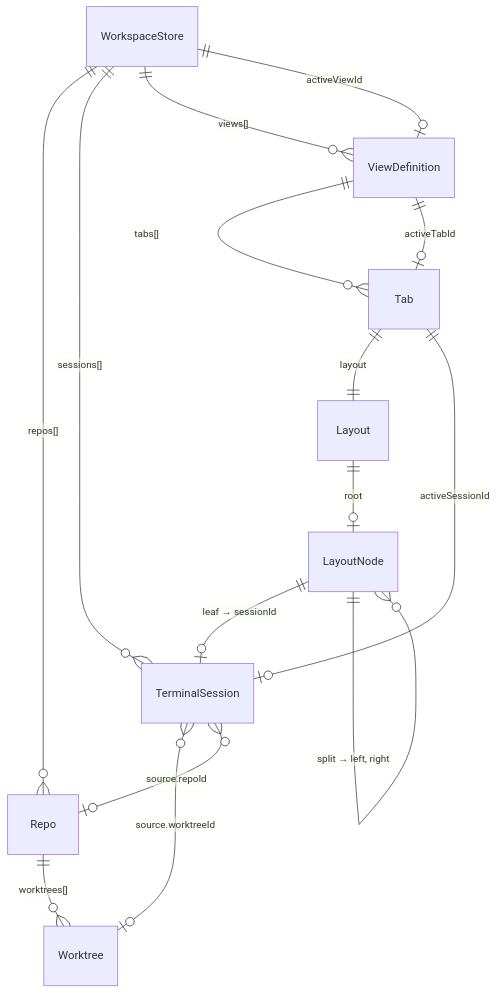
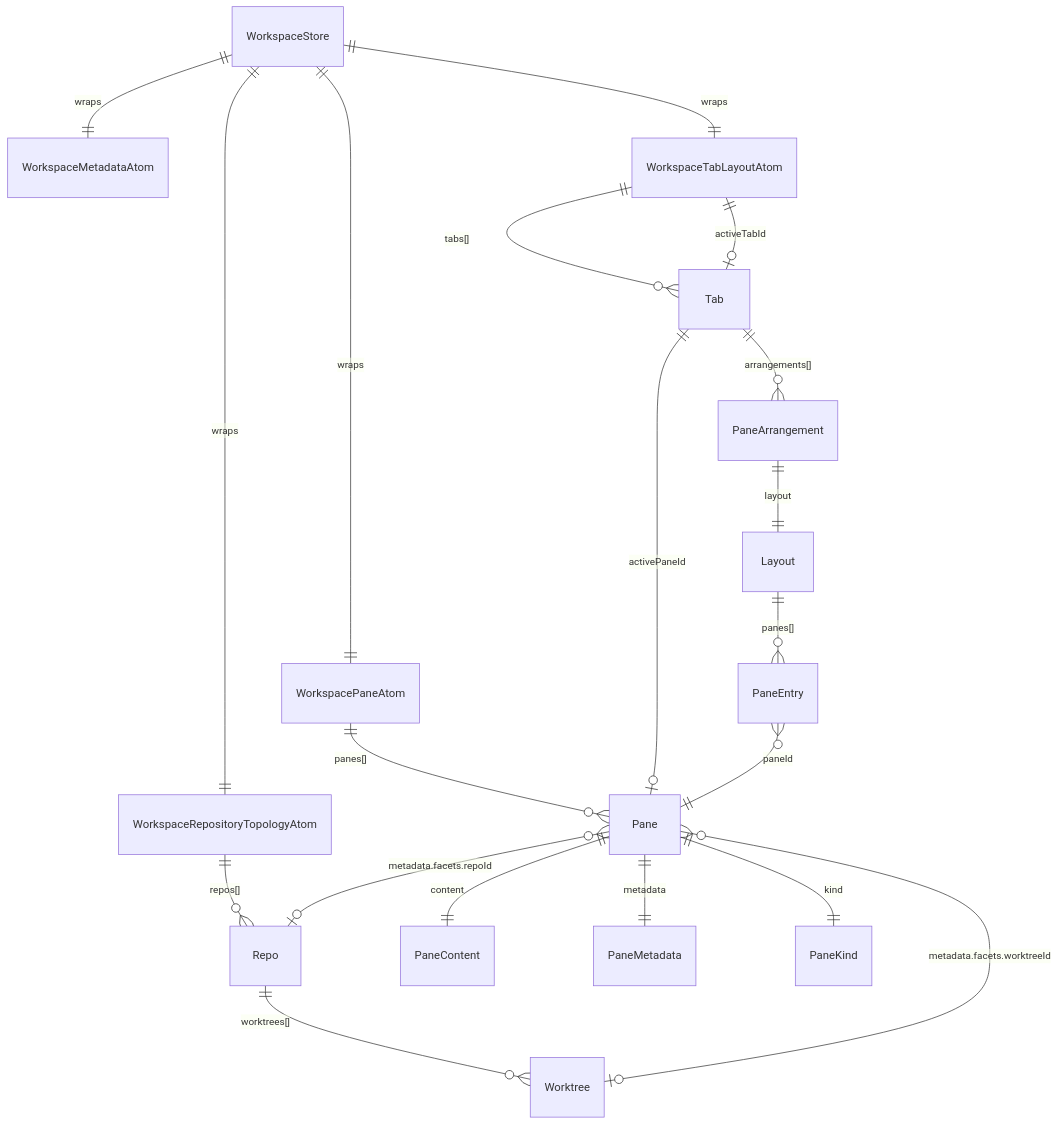
Before and after one commit to ShravanSunder/agentstudio: the first of 3 diagrams in docs/architecture/component_architecture.md, drawn with Mermaid. The commit also changed other lines of this file and 9 other files, not shown here.

First line of the commit message:
docs: hard-cut architecture docs to match pane-centric codebase

````diff
--- a/docs/architecture/component_architecture.md
+++ b/docs/architecture/component_architecture.md
@@ -70,22 +71,28 @@
 ```mermaid
 erDiagram
-    WorkspaceStore ||--o{ Repo : "repos[]"
-    WorkspaceStore ||--o{ TerminalSession : "sessions[]"
-    WorkspaceStore ||--o{ ViewDefinition : "views[]"
-    WorkspaceStore ||--o| ViewDefinition : "activeViewId"
+    WorkspaceStore ||--|| WorkspaceMetadataAtom : "wraps"
+    WorkspaceStore ||--|| WorkspaceRepositoryTopologyAtom : "wraps"
+    WorkspaceStore ||--|| WorkspacePaneAtom : "wraps"
+    WorkspaceStore ||--|| WorkspaceTabLayoutAtom : "wraps"
 
+    WorkspaceRepositoryTopologyAtom ||--o{ Repo : "repos[]"
     Repo ||--o{ Worktree : "worktrees[]"
 
-    TerminalSession }o--o| Worktree : "source.worktreeId"
-    TerminalSession }o--o| Repo : "source.repoId"
+    WorkspacePaneAtom ||--o{ Pane : "panes[]"
+    WorkspaceTabLayoutAtom ||--o{ Tab : "tabs[]"
+    WorkspaceTabLayoutAtom ||--o| Tab : "activeTabId"
 
-    ViewDefinition ||--o{ Tab : "tabs[]"
-    ViewDefinition ||--o| Tab : "activeTabId"
+    Tab ||--o{ PaneArrangement : "arrangements[]"
+    Tab ||--o| Pane : "activePaneId"
 
-    Tab ||--|| Layout : "layout"
-    Tab ||--o| TerminalSession : "activeSessionId"
+    PaneArrangement ||--|| Layout : "layout"
+    Layout ||--o{ PaneEntry : "panes[]"
+    PaneEntry }o--|| Pane : "paneId"
 
-    Layout ||--o| LayoutNode : "root"
-    LayoutNode ||--o| TerminalSession : "leaf → sessionId"
-    LayoutNode ||--o{ LayoutNode : "split → left, right"
+    Pane ||--|| PaneContent : "content"
+    Pane ||--|| PaneMetadata : "metadata"
+    Pane ||--|| PaneKind : "kind"
+
+    Pane }o--o| Worktree : "metadata.facets.worktreeId"
+    Pane }o--o| Repo : "metadata.facets.repoId"
 ```
````
